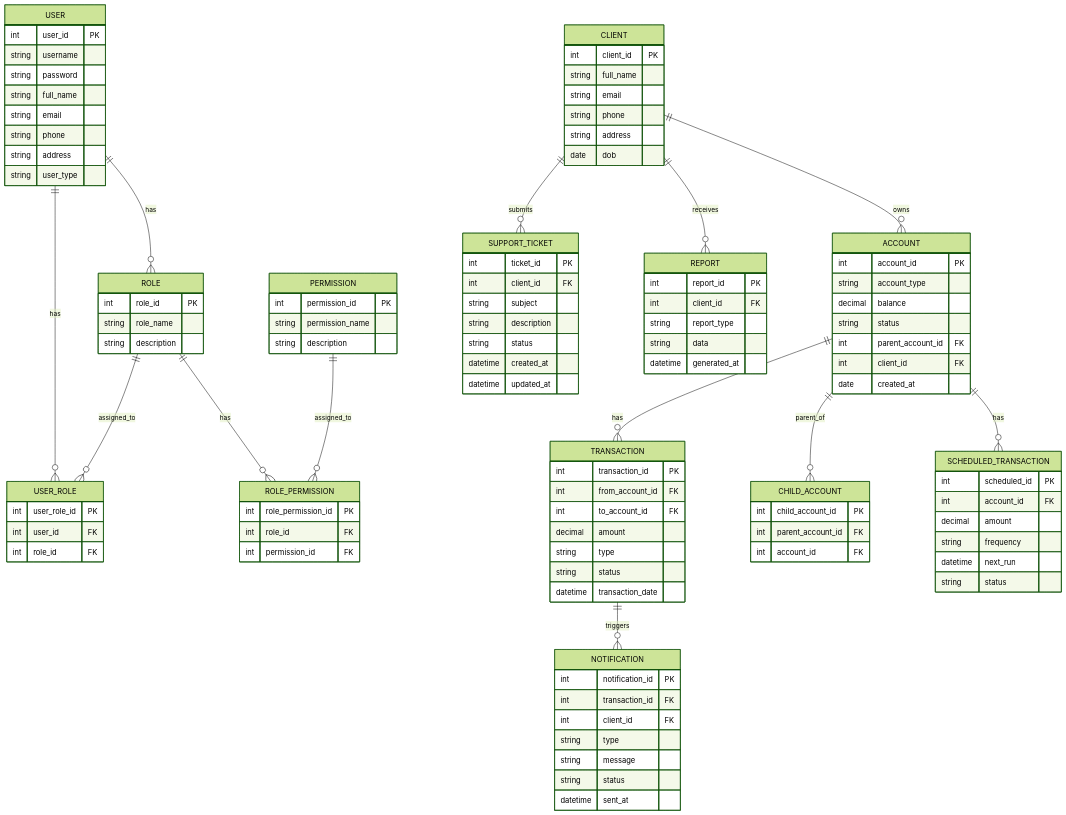
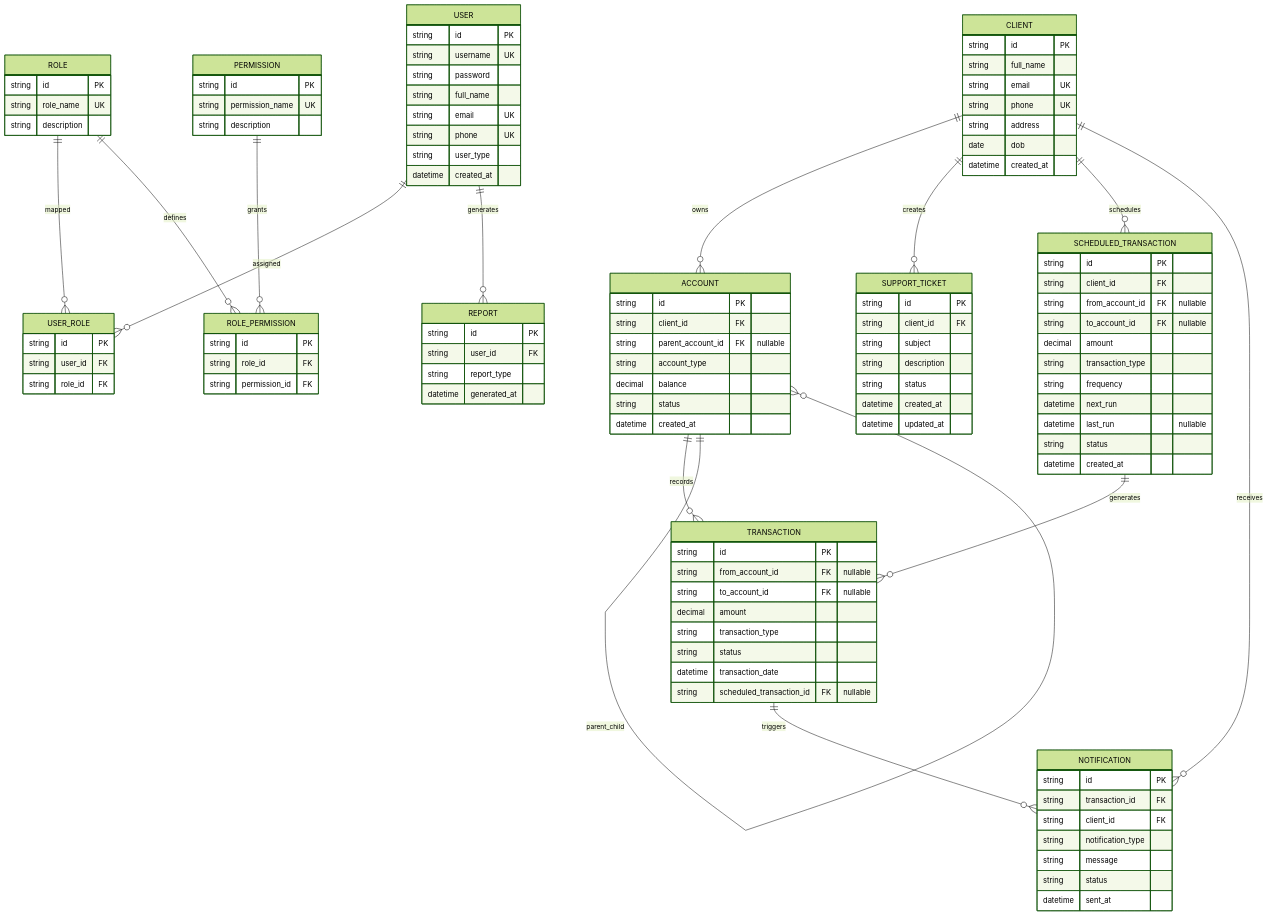
Before and after one commit to IbrahimHammash1/se3-banking-system: the diagram in erd.md, drawn with Mermaid (forest theme). The commit also changed 15 other files, not shown here.

````diff
--- a/erd.md
+++ b/erd.md
@@ -1,101 +1,113 @@
 ```mermaid
 erDiagram
-    USER ||--o{ ROLE : has
-    USER ||--o{ USER_ROLE : has
-    ROLE ||--o{ USER_ROLE : assigned_to
-    ROLE ||--o{ ROLE_PERMISSION : has
-    PERMISSION ||--o{ ROLE_PERMISSION : assigned_to
+    %% ===== USERS & ACCESS CONTROL =====
+    USER ||--o{ USER_ROLE : assigned
+    ROLE ||--o{ USER_ROLE : mapped
+    ROLE ||--o{ ROLE_PERMISSION : defines
+    PERMISSION ||--o{ ROLE_PERMISSION : grants
 
+    %% ===== CLIENT DOMAIN =====
     CLIENT ||--o{ ACCOUNT : owns
-    CLIENT ||--o{ SUPPORT_TICKET : submits
-    CLIENT ||--o{ REPORT : receives
-    ACCOUNT ||--o{ TRANSACTION : has
-    ACCOUNT ||--o{ CHILD_ACCOUNT : parent_of
-    ACCOUNT ||--o{ SCHEDULED_TRANSACTION : has
+    CLIENT ||--o{ SUPPORT_TICKET : creates
+    CLIENT ||--o{ SCHEDULED_TRANSACTION : schedules
+    CLIENT ||--o{ NOTIFICATION : receives
+
+    %% ===== ACCOUNT DOMAIN =====
+    ACCOUNT ||--o{ TRANSACTION : records
+    ACCOUNT ||--o{ ACCOUNT : parent_child
+
+    %% ===== TRANSACTIONS =====
+    SCHEDULED_TRANSACTION ||--o{ TRANSACTION : generates
     TRANSACTION ||--o{ NOTIFICATION : triggers
 
+    %% ===== ADMIN / REPORTING =====
+    USER ||--o{ REPORT : generates
+
+    %% ===== TABLE DEFINITIONS =====
+
     USER {
-        int user_id PK
-        string username
+        string id PK
+        string username UK
         string password
         string full_name
-        string email
-        string phone
-        string address
+        string email UK
+        string phone UK
         string user_type
+        datetime created_at
     }
 
     CLIENT {
-        int client_id PK
+        string id PK
         string full_name
-        string email
-        string phone
+        string email UK
+        string phone UK
         string address
         date dob
+        datetime created_at
     }
 
     ROLE {
-        int role_id PK
-        string role_name
+        string id PK
+        string role_name UK
         string description
     }
 
     USER_ROLE {
-        int user_role_id PK
-        int user_id FK
-        int role_id FK
+        string id PK
+        string user_id FK
+        string role_id FK
     }
 
     PERMISSION {
-        int permission_id PK
-        string permission_name
+        string id PK
+        string permission_name UK
         string description
     }
 
     ROLE_PERMISSION {
-        int role_permission_id PK
-        int role_id FK
-        int permission_id FK
+        string id PK
+        string role_id FK
+        string permission_id FK
     }
 
     ACCOUNT {
-        int account_id PK
+        string id PK
+        string client_id FK
+        string parent_account_id FK "nullable"
         string account_type
         decimal balance
         string status
-        int parent_account_id FK
-        int client_id FK
-        date created_at
-    }
-
-    CHILD_ACCOUNT {
-        int child_account_id PK
-        int parent_account_id FK
-        int account_id FK
+        datetime created_at
     }
 
     TRANSACTION {
-        int transaction_id PK
-        int from_account_id FK
-        int to_account_id FK
+        string id PK
+        string from_account_id FK "nullable"
+        string to_account_id FK "nullable"
         decimal amount
-        string type
+        string transaction_type
         string status
         datetime transaction_date
+        string scheduled_transaction_id FK "nullable"
     }
 
     SCHEDULED_TRANSACTION {
-        int scheduled_id PK
-        int account_id FK
+        string id PK
+        string client_id FK
+        string from_account_id FK "nullable"
+        string to_account_id FK "nullable"
         decimal amount
+        string transaction_type
         string frequency
         datetime next_run
+        datetime last_run "nullable"
         string status
+        datetime created_at
     }
 
     SUPPORT_TICKET {
-        int ticket_id PK
-        int client_id FK
+        string id PK
+        string client_id FK
         string subject
         string description
         string status
@@ -104,20 +116,19 @@
     }
 
     NOTIFICATION {
-        int notification_id PK
-        int transaction_id FK
-        int client_id FK
-        string type
+        string id PK
+        string transaction_id FK
+        string client_id FK
+        string notification_type
         string message
         string status
         datetime sent_at
     }
 
     REPORT {
-        int report_id PK
-        int client_id FK
+        string id PK
+        string user_id FK
         string report_type
-        string data
         datetime generated_at
     }
 ```
````
